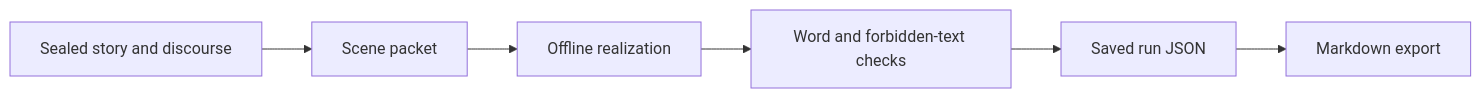
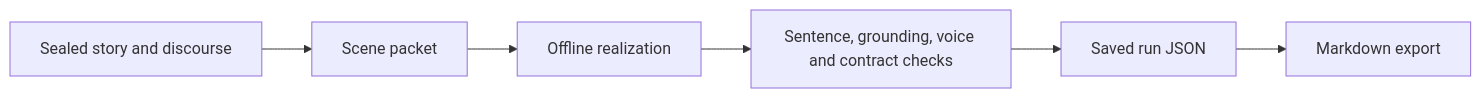
Before and after one commit to mattbriggs/Coupled-Modal-Narrative-Engine: the diagram in site/manual/generate-export.md, drawn with Mermaid. The commit also changed other lines of this file and 117 other files, not shown here.

````diff
--- a/site/manual/generate-export.md
+++ b/site/manual/generate-export.md
@@ -9,8 +9,8 @@
 ```mermaid
 flowchart LR
   A[Sealed story and discourse] --> B[Scene packet]
   B --> C[Offline realization]
-  C --> D[Word and forbidden-text checks]
+  C --> D[Sentence, grounding, voice and contract checks]
   D --> E[Saved run JSON]
   E --> F[Markdown export]
 ```
````
